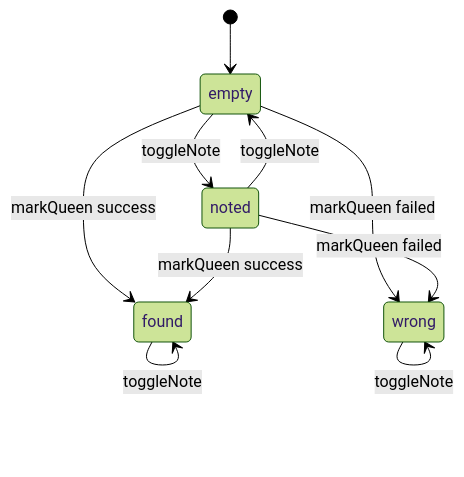
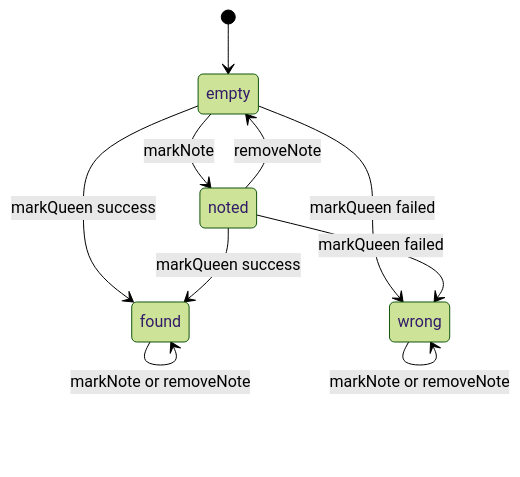
One commit to clhuang224/queener changed the third of 6 diagrams in docs/state.md. Above: the diagram before and after it, drawn with Mermaid (forest theme). The commit also changed other lines of this file and 7 other files, not shown here.

````diff
--- a/docs/state.md
+++ b/docs/state.md
@@ -132,18 +134,18 @@
 ```mermaid
 stateDiagram-v2
   [*] --> empty
 
-  empty --> noted: toggleNote
-  noted --> empty: toggleNote
+  empty --> noted: markNote
+  noted --> empty: removeNote
 
   empty --> found: markQueen success
   noted --> found: markQueen success
 
   empty --> wrong: markQueen failed
   noted --> wrong: markQueen failed
 
   found --> found: markQueen
-  found --> found: toggleNote
+  found --> found: markNote or removeNote
   wrong --> wrong: markQueen
-  wrong --> wrong: toggleNote
+  wrong --> wrong: markNote or removeNote
 ```
````
